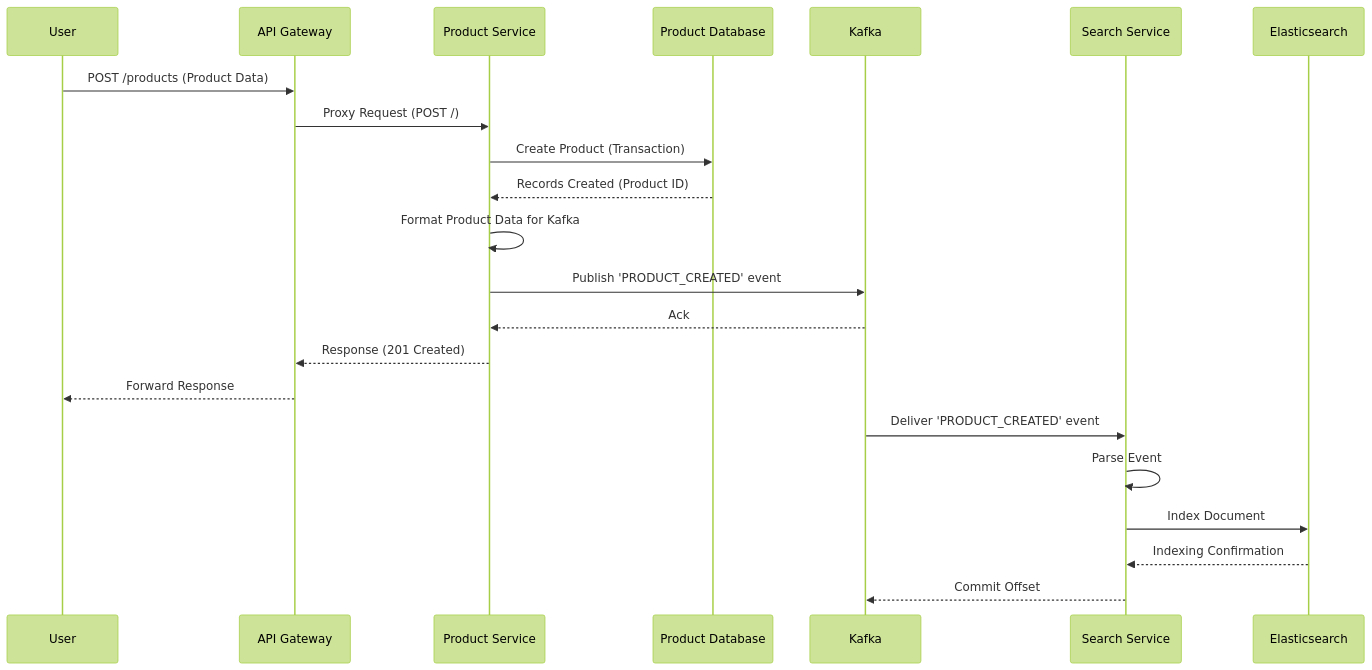
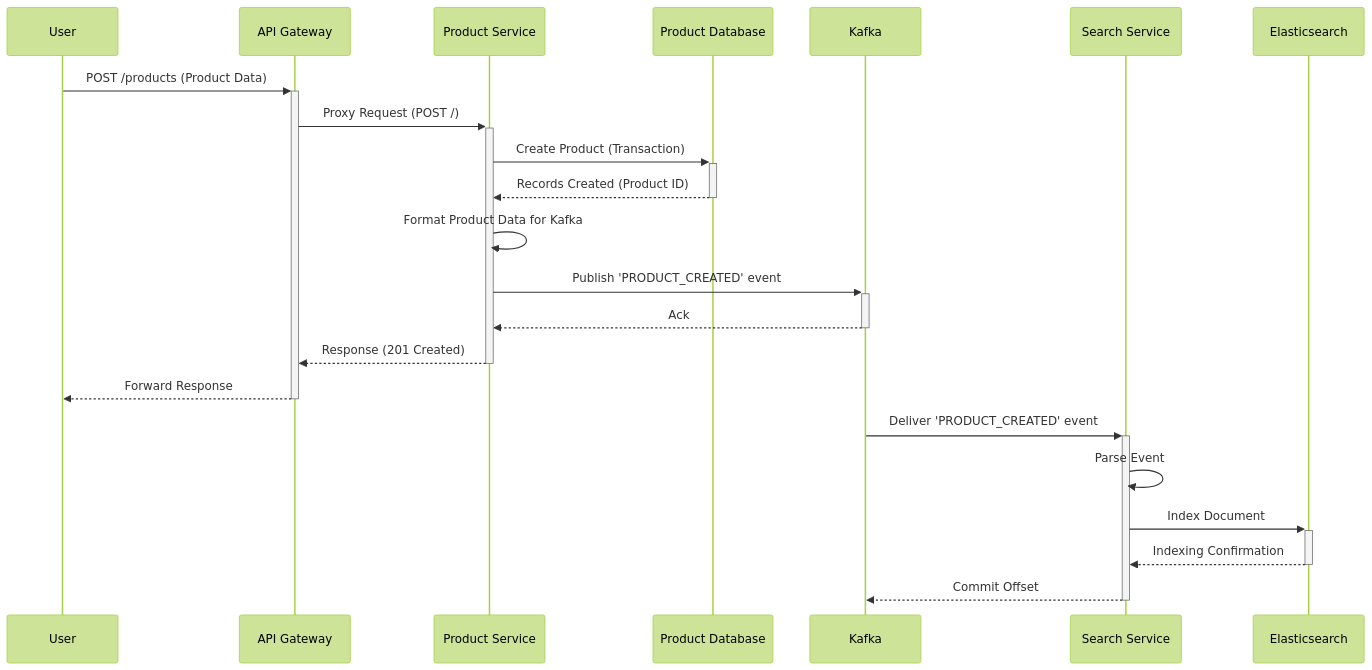
One commit to HarcheSamir/esisba-lirmm-ecommerce changed the seventh of 9 diagrams in apiDocumentation.md. Above: the diagram before and after it, drawn with Mermaid (forest theme). The commit also changed other lines of this file, not shown here.

````diff
--- a/apiDocumentation.md
+++ b/apiDocumentation.md
@@ -292,18 +320,26 @@
 ```mermaid
 sequenceDiagram
-    User->>API Gateway: POST /products (Product Data)
-    API Gateway->>Product Service: Proxy Request (POST /)
-    Product Service->>Product Database: Create Product (Transaction)
-    Product Database-->>Product Service: Records Created (Product ID)
-    Product Service->>Product Service: Format Product Data for Kafka
-    Product Service->>Kafka: Publish 'PRODUCT_CREATED' event
-    Kafka-->>Product Service: Ack
-    Product Service-->>API Gateway: Response (201 Created)
-    API Gateway-->>User: Forward Response
-    
-    Kafka->>Search Service: Deliver 'PRODUCT_CREATED' event
-    Search Service->>Search Service: Parse Event
-    Search Service->>Elasticsearch: Index Document
-    Elasticsearch-->>Search Service: Indexing Confirmation
-    Search Service-->>Kafka: Commit Offset
+    participant User
+    participant APIGW as API Gateway
+    participant ProductSvc as Product Service
+    participant ProductDB as Product Database
+    participant Kafka
+    participant SearchSvc as Search Service
+    participant Elasticsearch
+
+    User->>+APIGW: POST /products (Product Data)
+    APIGW->>+ProductSvc: Proxy Request (POST /)
+    ProductSvc->>+ProductDB: Create Product (Transaction)
+    ProductDB-->>-ProductSvc: Records Created (Product ID)
+    ProductSvc->>ProductSvc: Format Product Data for Kafka
+    ProductSvc->>+Kafka: Publish 'PRODUCT_CREATED' event
+    Kafka-->>-ProductSvc: Ack
+    ProductSvc-->>-APIGW: Response (201 Created)
+    APIGW-->>-User: Forward Response
+
+    Kafka->>+SearchSvc: Deliver 'PRODUCT_CREATED' event
+    SearchSvc->>SearchSvc: Parse Event
+    SearchSvc->>+Elasticsearch: Index Document
+    Elasticsearch-->>-SearchSvc: Indexing Confirmation
+    SearchSvc-->>-Kafka: Commit Offset
 ```
````
